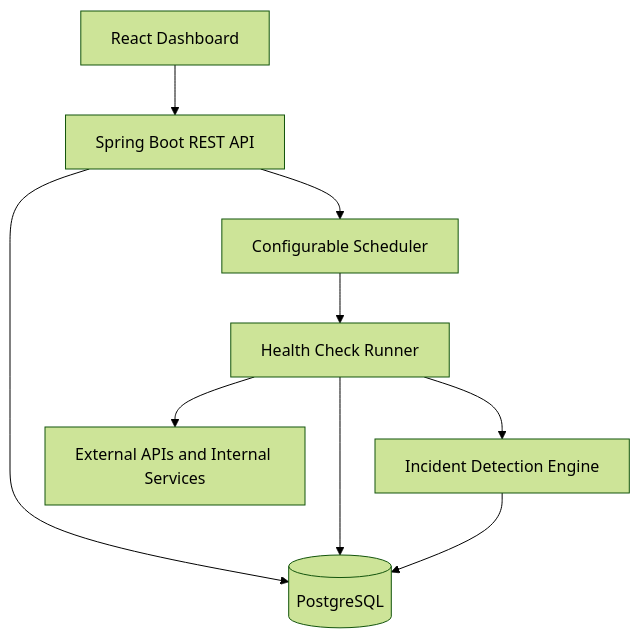
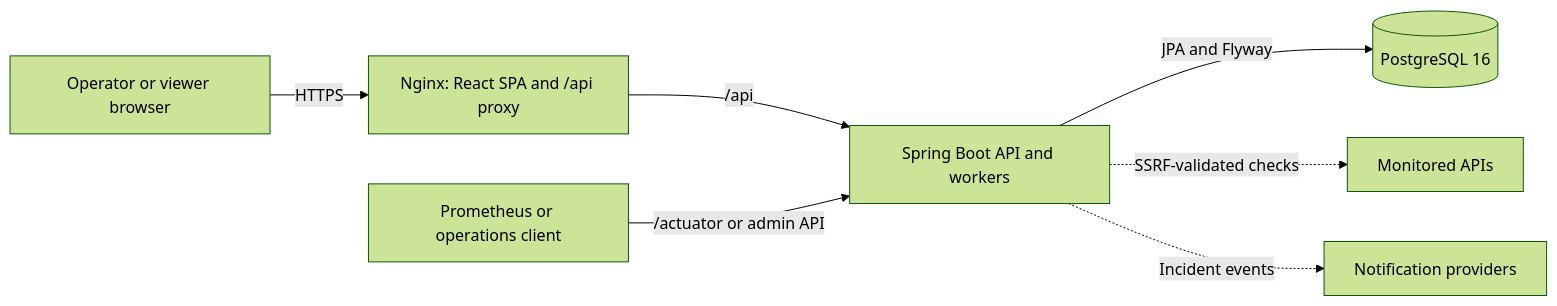
One commit to hrtahsin/APIWatch changed the diagram in README.md. Above: the diagram before and after it, drawn with Mermaid (forest theme). The commit also changed other lines of this file, not shown here.

````diff
--- a/README.md
+++ b/README.md
@@ -52,11 +32,9 @@
 ```mermaid
-flowchart TD
-    A[React Dashboard] --> B[Spring Boot REST API]
-    B --> C[(PostgreSQL)]
-    B --> D[Configurable Scheduler]
-    D --> E[Health Check Runner]
-    E --> F[External APIs and Internal Services]
-    E --> C
-    E --> G[Incident Detection Engine]
-    G --> C
+flowchart LR
+    browser[Operator or viewer browser] -->|HTTPS| nginx[Nginx: React SPA and /api proxy]
+    nginx -->|/api| backend[Spring Boot API and workers]
+    ops[Prometheus or operations client] -->|/actuator or admin API| backend
+    backend -->|JPA and Flyway| postgres[(PostgreSQL 16)]
+    backend -.->|SSRF-validated checks| targets[Monitored APIs]
+    backend -.->|Incident events| providers[Notification providers]
 ```
````
